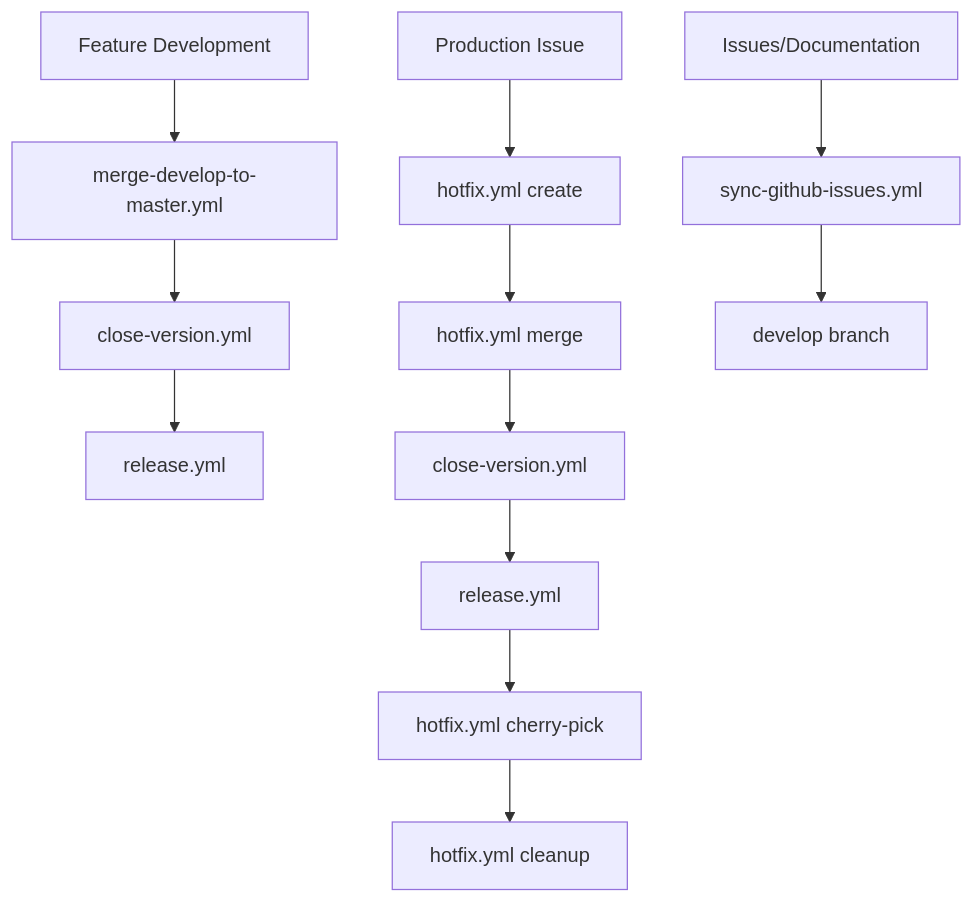
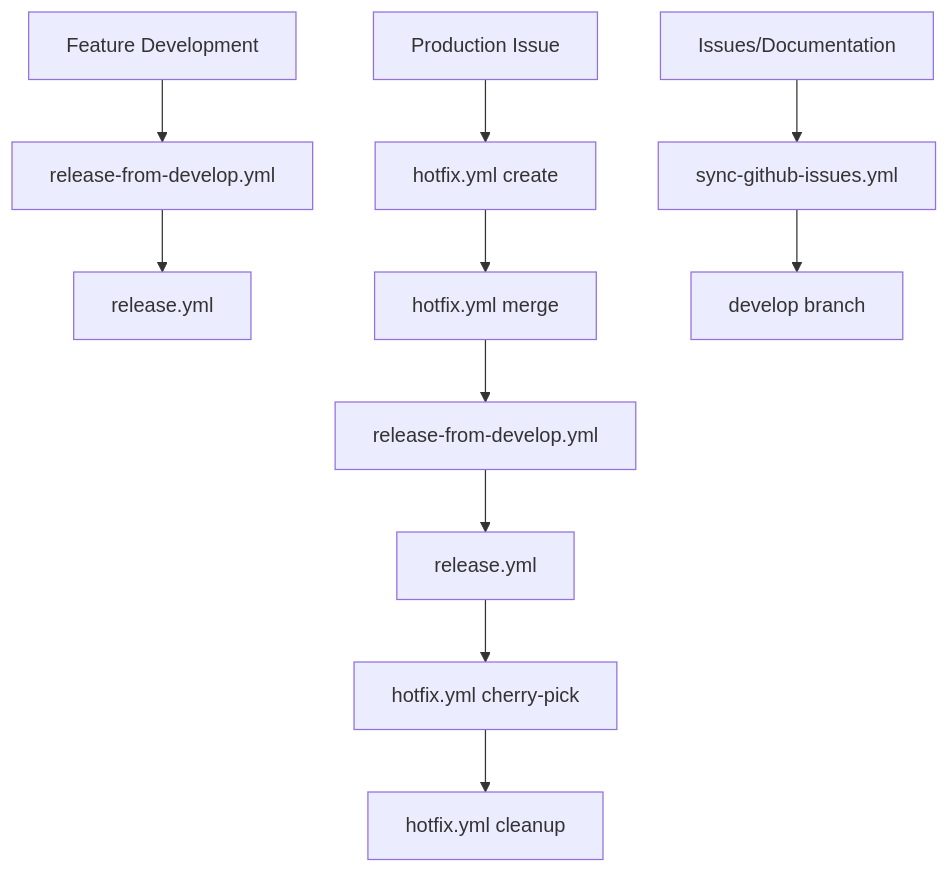
Before and after one commit to JorgeRojo/slack-bitbucket-merge-control-chrome-extension: the diagram in .github/workflows/README.md, drawn with Mermaid. The commit also changed other lines of this file and 3 other files, not shown here.

````diff
--- a/.github/workflows/README.md
+++ b/.github/workflows/README.md
@@ -191,16 +175,15 @@
 ```mermaid
 graph TD
-    A[Feature Development] --> B[merge-develop-to-master.yml]
-    B --> C[close-version.yml]
-    C --> D[release.yml]
+    A[Feature Development] --> B[release-from-develop.yml]
+    B --> C[release.yml]
 
-    E[Production Issue] --> F[hotfix.yml create]
-    F --> G[hotfix.yml merge]
-    G --> H[close-version.yml]
-    H --> I[release.yml]
-    I --> J[hotfix.yml cherry-pick]
-    J --> K[hotfix.yml cleanup]
+    D[Production Issue] --> E[hotfix.yml create]
+    E --> F[hotfix.yml merge]
+    F --> G[release-from-develop.yml]
+    G --> H[release.yml]
+    H --> I[hotfix.yml cherry-pick]
+    I --> J[hotfix.yml cleanup]
 
-    L[Issues/Documentation] --> M[sync-github-issues.yml]
-    M --> N[develop branch]
+    K[Issues/Documentation] --> L[sync-github-issues.yml]
+    L --> M[develop branch]
 ```
````
